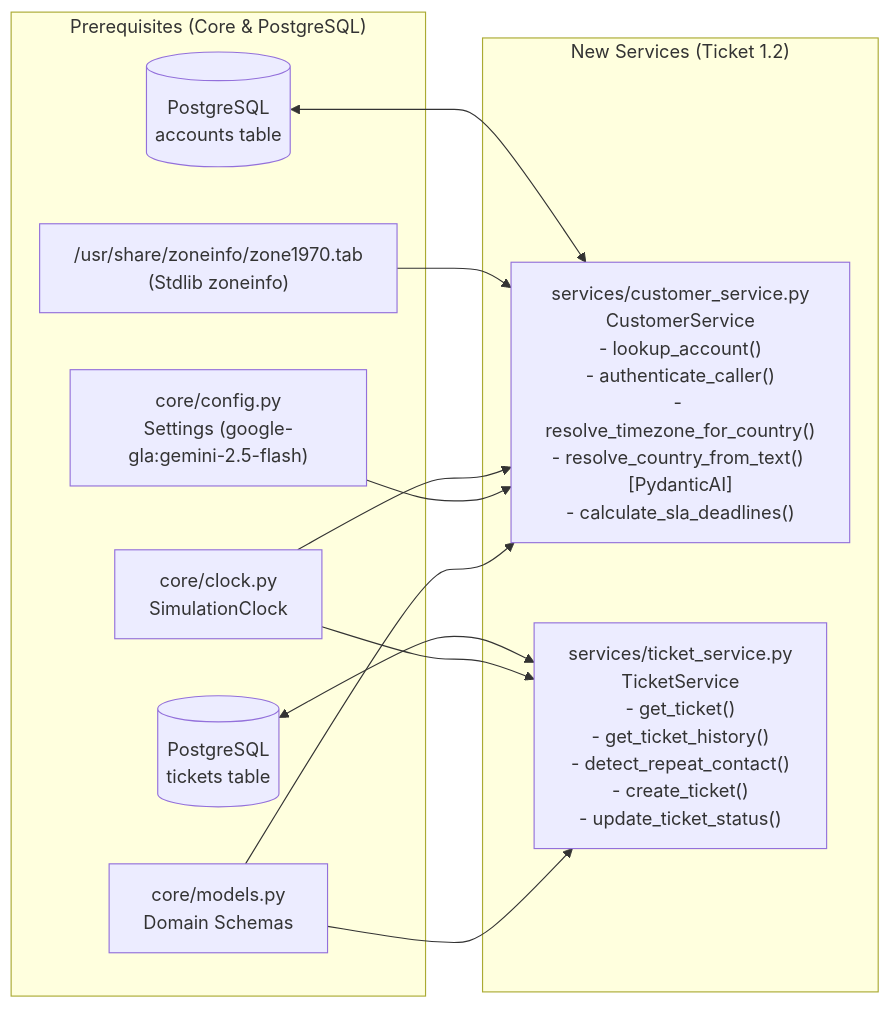
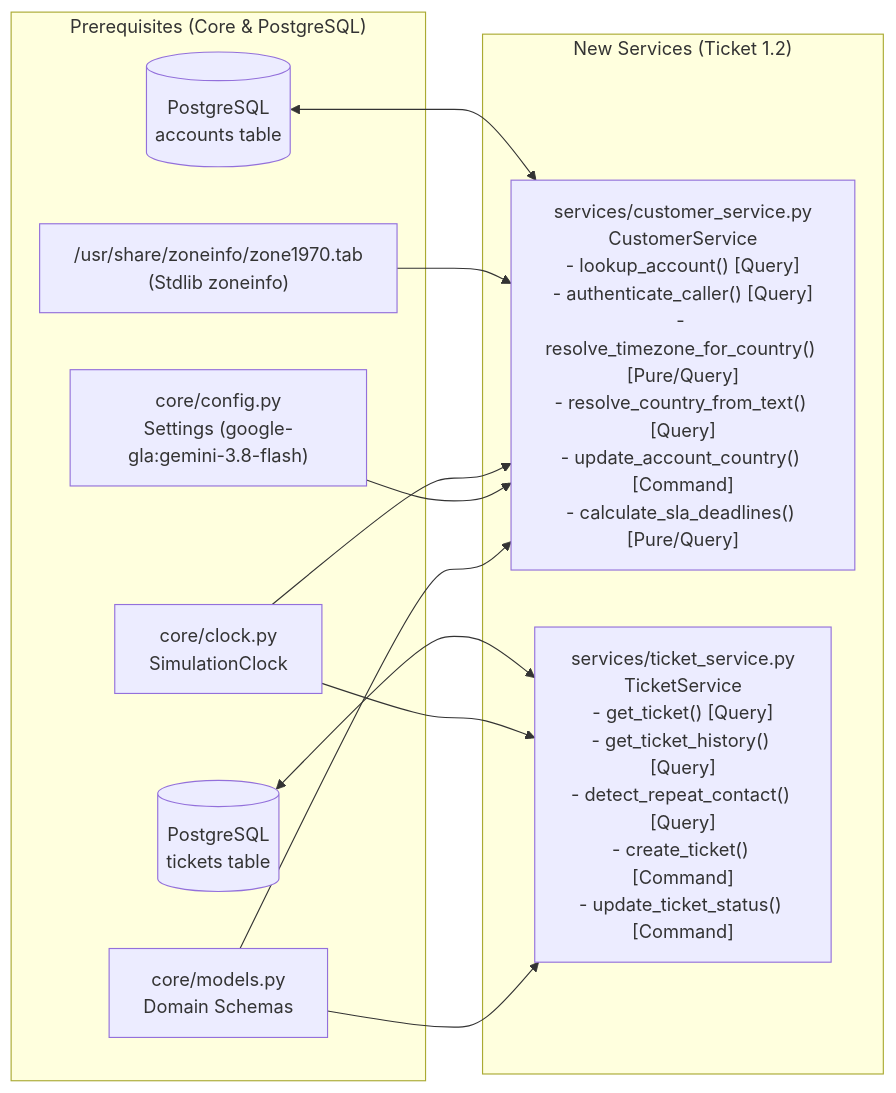
Before and after one commit to yaara-manor/cato-networks: the diagram in docs/plans/12-account_and_sla_matrix/01-services/plan.md, drawn with Mermaid. The commit also changed other lines of this file and 6 other files, not shown here.

````diff
--- a/docs/plans/12-account_and_sla_matrix/01-services/plan.md
+++ b/docs/plans/12-account_and_sla_matrix/01-services/plan.md
@@ -11,26 +11,26 @@
 ```mermaid
 flowchart LR
     subgraph Core_And_DB["Prerequisites (Core & PostgreSQL)"]
         SimClock["core/clock.py\nSimulationClock"]
-        Config["core/config.py\nSettings (google-gla:gemini-2.5-flash)"]
+        Config["core/config.py\nSettings (google-gla:gemini-3.8-flash)"]
         Models["core/models.py\nDomain Schemas"]
         PG_Accounts[("PostgreSQL\naccounts table")]
         PG_Tickets[("PostgreSQL\ntickets table")]
         ZoneTab["/usr/share/zoneinfo/zone1970.tab\n(Stdlib zoneinfo)"]
     end
 
     subgraph Services_Layer["New Services (Ticket 1.2)"]
-        CustSvc["services/customer_service.py\nCustomerService\n- lookup_account()\n- authenticate_caller()\n- resolve_timezone_for_country()\n- resolve_country_from_text() [PydanticAI]\n- calculate_sla_deadlines()"]
-        TicketSvc["services/ticket_service.py\nTicketService\n- get_ticket()\n- get_ticket_history()\n- detect_repeat_contact()\n- create_ticket()\n- update_ticket_status()"]
+        CustSvc["services/customer_service.py\nCustomerService\n- lookup_account() [Query]\n- authenticate_caller() [Query]\n- resolve_timezone_for_country() [Pure/Query]\n- resolve_country_from_text() [Query]\n- update_account_country() [Command]\n- calculate_sla_deadlines() [Pure/Query]"]
+        TicketSvc["services/ticket_service.py\nTicketService\n- get_ticket() [Query]\n- get_ticket_history() [Query]\n- detect_repeat_contact() [Query]\n- create_ticket() [Command]\n- update_ticket_status() [Command]"]
     end
 
     PG_Accounts <--> CustSvc
     ZoneTab --> CustSvc
     SimClock --> CustSvc
     Config --> CustSvc
     Models --> CustSvc
 
     PG_Tickets <--> TicketSvc
     SimClock --> TicketSvc
     Models --> TicketSvc
 ```
````
